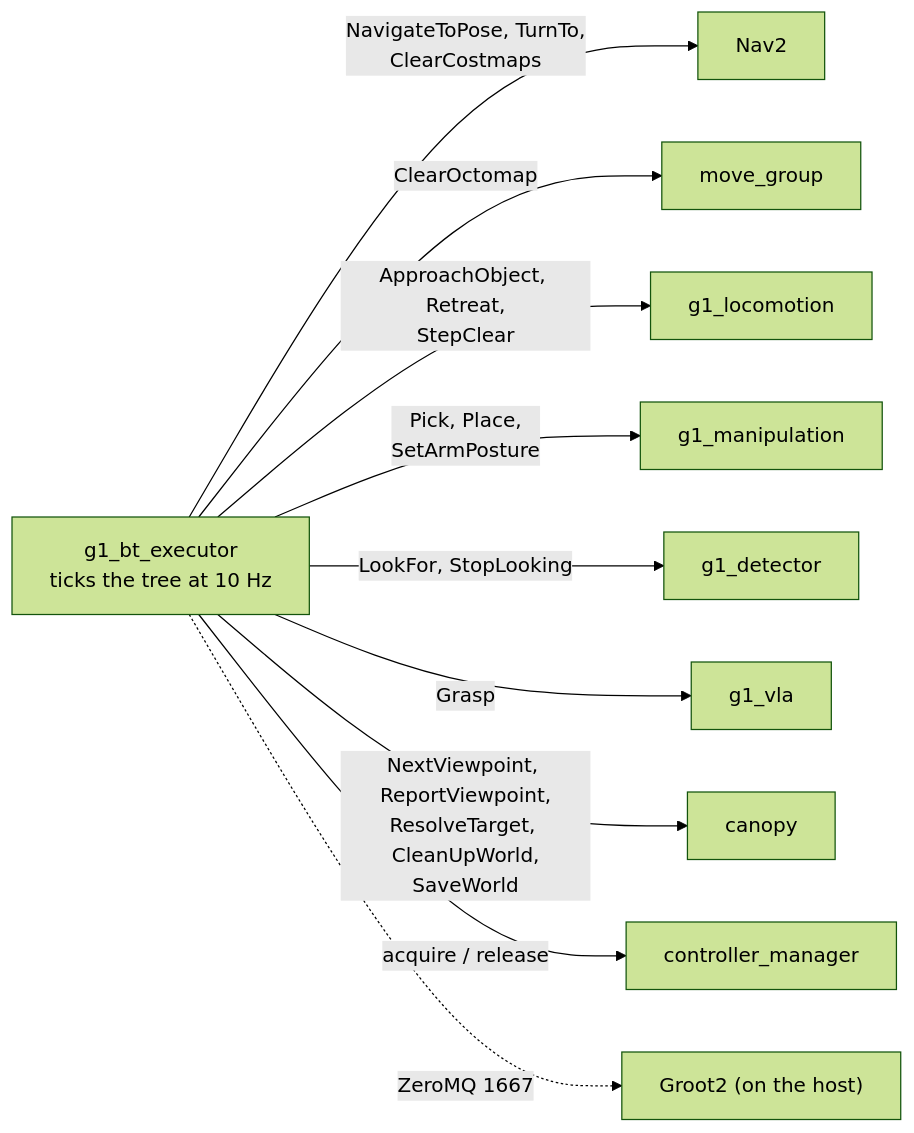
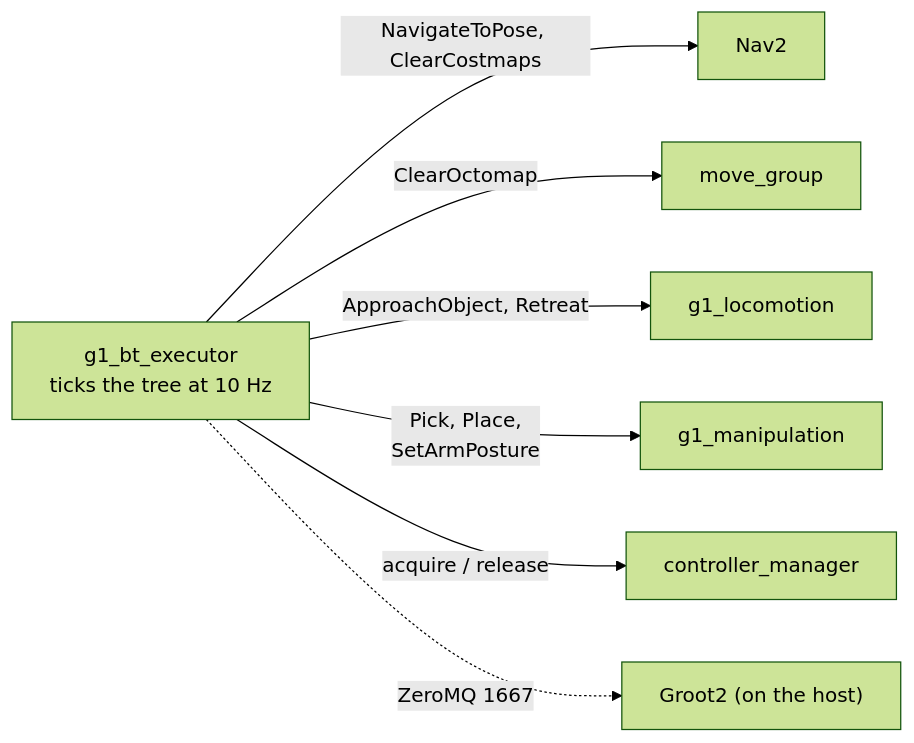
The diagram in workspace/src/g1_orchestration/README.md (Mertsr/merts-g1-dex5), drawn with Mermaid (forest theme) before and after one commit. The commit also changed other lines of this file and 694 other files, not shown here.

````diff
--- a/workspace/src/g1_orchestration/README.md
+++ b/workspace/src/g1_orchestration/README.md
@@ -8,13 +6,10 @@
 ```mermaid
 flowchart LR
     EXE["g1_bt_executor<br/>ticks the tree at 10 Hz"]
-    EXE -- "NavigateToPose, TurnTo,<br/>ClearCostmaps" --> NAV["Nav2"]
+    EXE -- "NavigateToPose, ClearCostmaps" --> NAV["Nav2"]
     EXE -- "ClearOctomap" --> MG["move_group"]
-    EXE -- "ApproachObject, Retreat,<br/>StepClear" --> BA["g1_locomotion"]
+    EXE -- "ApproachObject, Retreat" --> BA["g1_locomotion"]
     EXE -- "Pick, Place,<br/>SetArmPosture" --> MAN["g1_manipulation"]
-    EXE -- "LookFor, StopLooking" --> DET["g1_detector"]
-    EXE -- "Grasp" --> VLA["g1_vla"]
-    EXE -- "NextViewpoint, ReportViewpoint,<br/>ResolveTarget, CleanUpWorld,<br/>SaveWorld" --> WM["canopy"]
     EXE -- "acquire / release" --> CM["controller_manager"]
     EXE -. "ZeroMQ 1667" .-> G["Groot2 (on the host)"]
 ```
````
